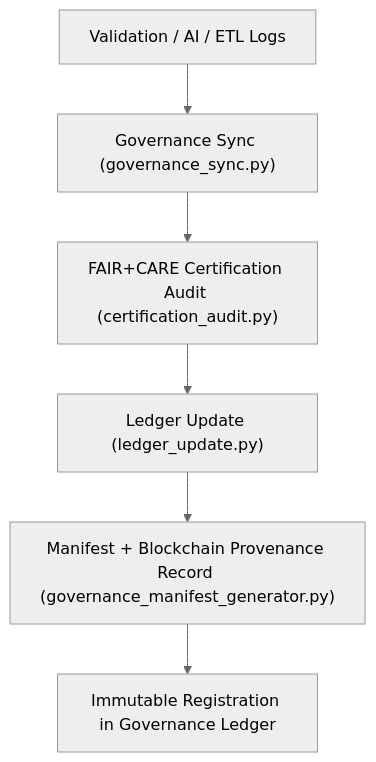
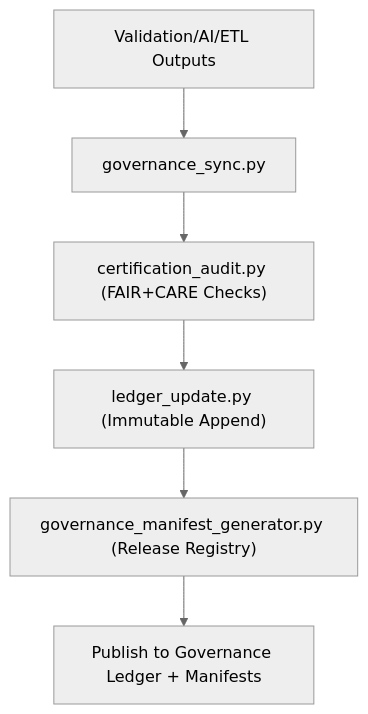
One commit to bartytime4life/Kansas-Frontier-Matrix changed the diagram in tools/governance/README.md. Above: the diagram before and after it, drawn with Mermaid (neutral theme). The commit also changed other lines of this file, not shown here.

````diff
--- a/tools/governance/README.md
+++ b/tools/governance/README.md
@@ -64,8 +60,8 @@
 ```mermaid
 flowchart TD
-    A["Validation / AI / ETL Logs"] --> B["Governance Sync (governance_sync.py)"]
-    B --> C["FAIR+CARE Certification Audit (certification_audit.py)"]
-    C --> D["Ledger Update (ledger_update.py)"]
-    D --> E["Manifest + Blockchain Provenance Record (governance_manifest_generator.py)"]
-    E --> F["Immutable Registration in Governance Ledger"]
+A["Validation/AI/ETL Outputs"] --> B["governance_sync.py"]
+B --> C["certification_audit.py (FAIR+CARE Checks)"]
+C --> D["ledger_update.py (Immutable Append)"]
+D --> E["governance_manifest_generator.py (Release Registry)"]
+E --> F["Publish to Governance Ledger + Manifests"]
 ```
````
